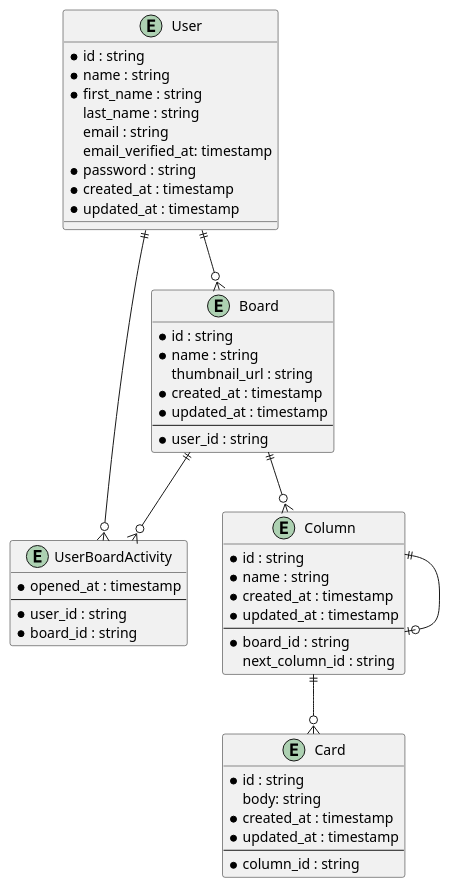
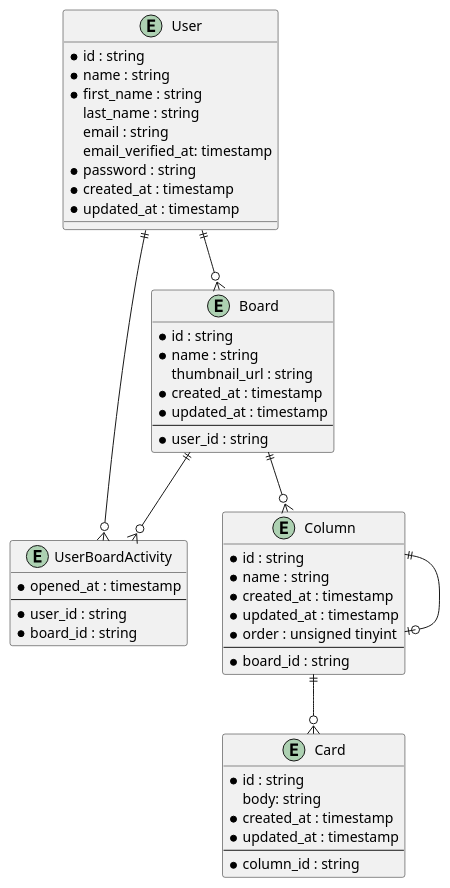
Before and after one commit to stackpan/stageboard: the diagram in docs/erd.puml, drawn with PlantUML. The commit also changed 20 other files, not shown here.

```diff
--- a/docs/erd.puml
+++ b/docs/erd.puml
@@ -1,58 +1,58 @@
 @startuml Kanban App Project Entity Relationship Diagram
 
 entity User {
     * id : string
     * name : string
     * first_name : string
     last_name : string
     email : string
     email_verified_at: timestamp
     * password : string
     * created_at : timestamp
     * updated_at : timestamp
 }
 
 entity Board {
     * id : string
     * name : string
     thumbnail_url : string
     * created_at : timestamp
     * updated_at : timestamp
     ---
     * user_id : string
 }
 
 entity UserBoardActivity {
     * opened_at : timestamp
     ---
     * user_id : string
     * board_id : string
 }
 
 entity Column {
     * id : string
     * name : string
     * created_at : timestamp
     * updated_at : timestamp
+    * order : unsigned tinyint
     ---
     * board_id : string
-    next_column_id : string
 }
 
 entity Card {
     * id : string
     body: string
     * created_at : timestamp
     * updated_at : timestamp
     ---
     * column_id : string
 }
 
 User ||--o{ Board
 User ||--o{ UserBoardActivity
 Board ||--o{ UserBoardActivity
 Board ||--o{ Column
 Column ||--o| Column
 Column ||--o{ Card
 
 @enduml
```
